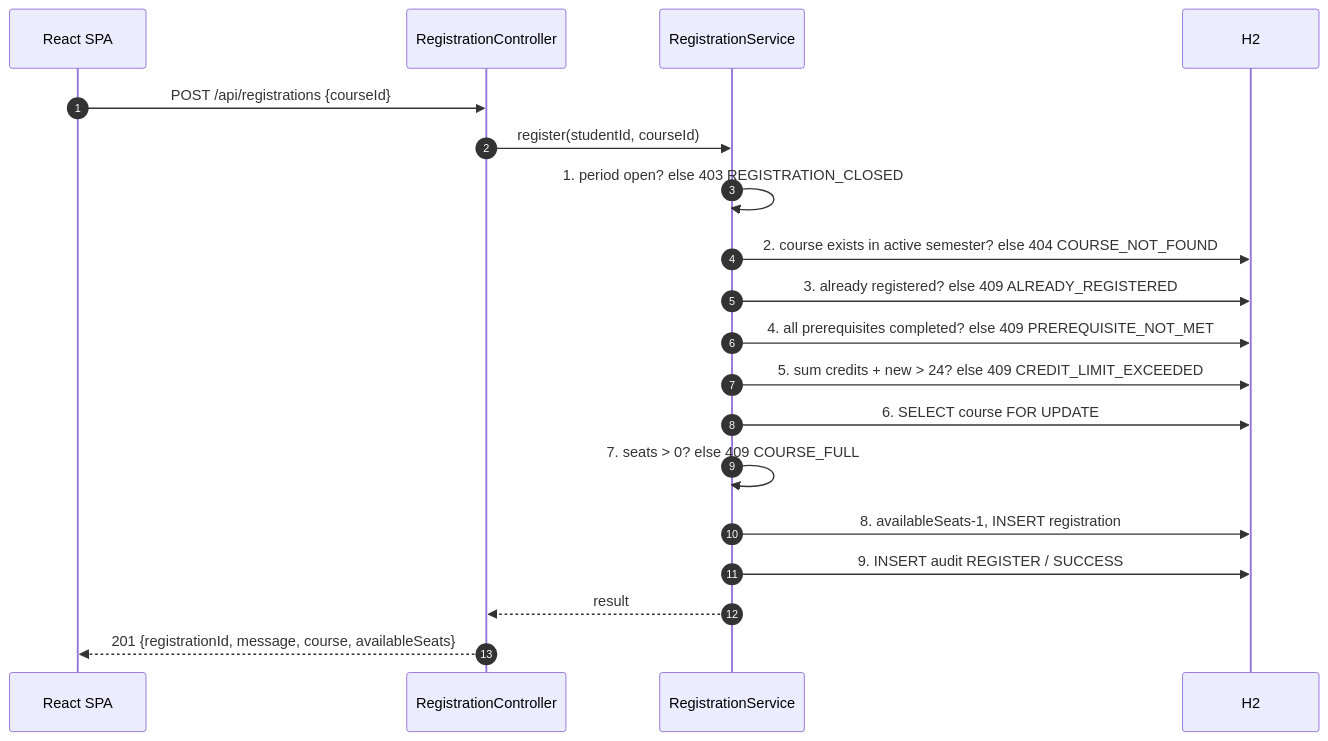
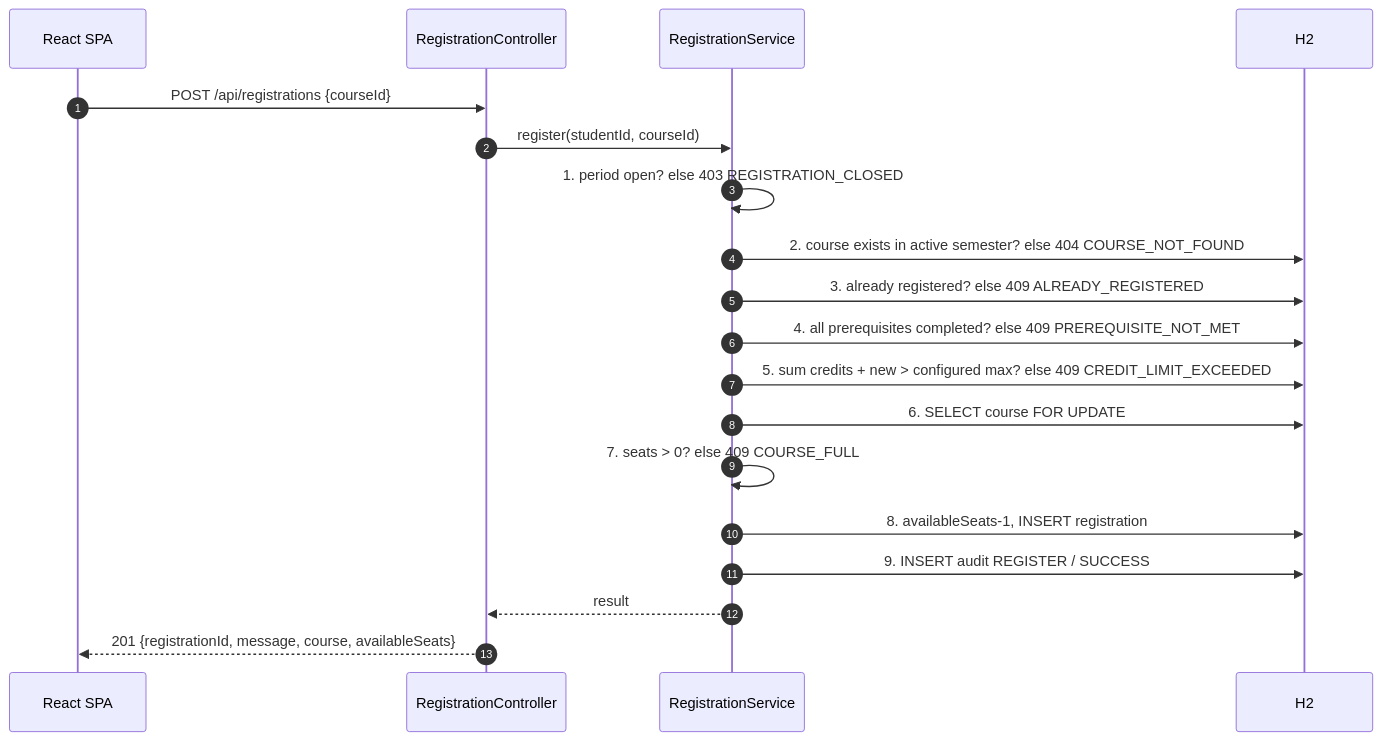
The second of 3 diagrams in docs/specs/00-overview.md (kb-ong/monash-course-registration-system), drawn with Mermaid before and after one commit. The commit also changed other lines of this file and 43 other files, not shown here.

First line of the commit message:
feat: enforce configured semester credit limit with remaining-credit warnings (FR10)

````diff
--- a/docs/specs/00-overview.md
+++ b/docs/specs/00-overview.md
@@ -120,21 +123,21 @@
 ```mermaid
 sequenceDiagram
     autonumber
     participant UI as React SPA
     participant C as RegistrationController
     participant S as RegistrationService
     participant DB as H2
     UI->>C: POST /api/registrations {courseId}
     C->>S: register(studentId, courseId)
     S->>S: 1. period open? else 403 REGISTRATION_CLOSED
     S->>DB: 2. course exists in active semester? else 404 COURSE_NOT_FOUND
     S->>DB: 3. already registered? else 409 ALREADY_REGISTERED
     S->>DB: 4. all prerequisites completed? else 409 PREREQUISITE_NOT_MET
-    S->>DB: 5. sum credits + new > 24? else 409 CREDIT_LIMIT_EXCEEDED
+    S->>DB: 5. sum credits + new > configured max? else 409 CREDIT_LIMIT_EXCEEDED
     S->>DB: 6. SELECT course FOR UPDATE
     S->>S: 7. seats > 0? else 409 COURSE_FULL
     S->>DB: 8. availableSeats-1, INSERT registration
     S->>DB: 9. INSERT audit REGISTER / SUCCESS
     S-->>C: result
     C-->>UI: 201 {registrationId, message, course, availableSeats}
 ```
````
